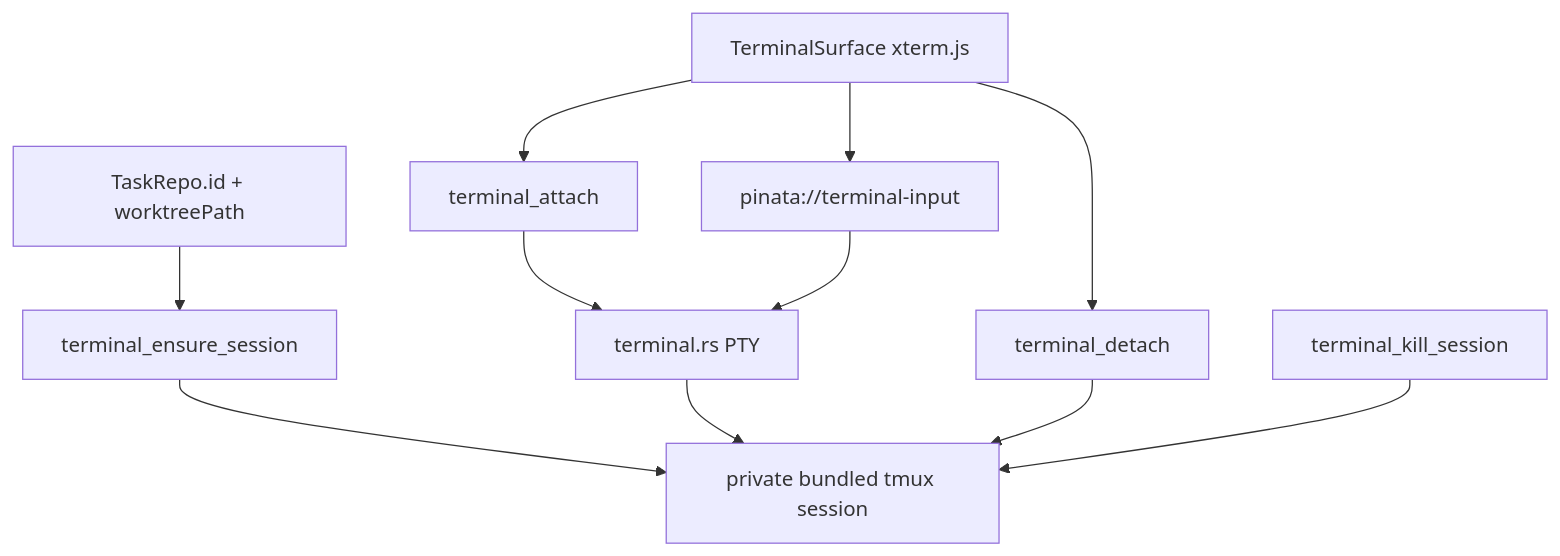
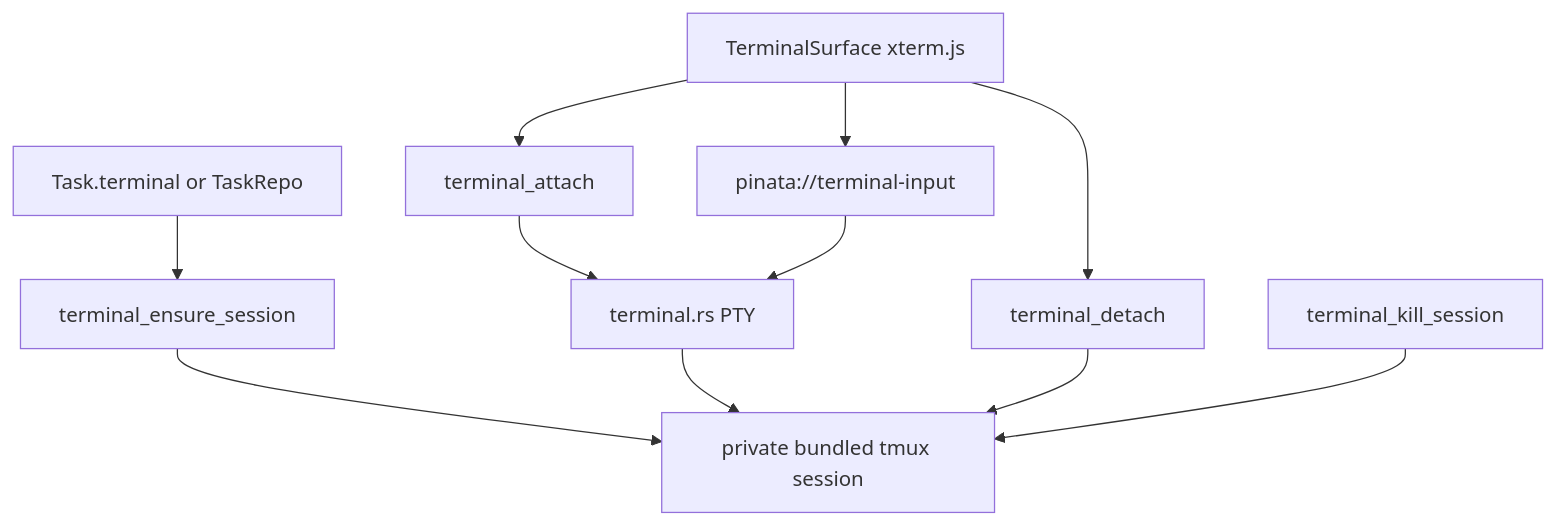
The diagram in src/features/terminal/spec.md (gh0stonio/pinata), drawn with Mermaid before and after one commit. The commit also changed other lines of this file and 8 other files, not shown here.

Commit message:
Document task terminal model

````diff
--- a/src/features/terminal/spec.md
+++ b/src/features/terminal/spec.md
@@ -32,23 +46,23 @@
 ```mermaid
 flowchart TD
-    TaskRepo["TaskRepo.id + worktreePath"]
+    Surface["Task.terminal or TaskRepo"]
     Ensure["terminal_ensure_session"]
     Tmux["private bundled tmux session"]
     Attach["terminal_attach"]
     Rust["terminal.rs PTY"]
     Xterm["TerminalSurface xterm.js"]
     Input["pinata://terminal-input"]
     Detach["terminal_detach"]
     Kill["terminal_kill_session"]
 
-    TaskRepo --> Ensure
+    Surface --> Ensure
     Ensure --> Tmux
     Xterm --> Attach
     Xterm --> Input
     Attach --> Rust
     Input --> Rust
     Rust --> Tmux
     Xterm --> Detach
     Detach --> Tmux
     Kill --> Tmux
 ```
````
